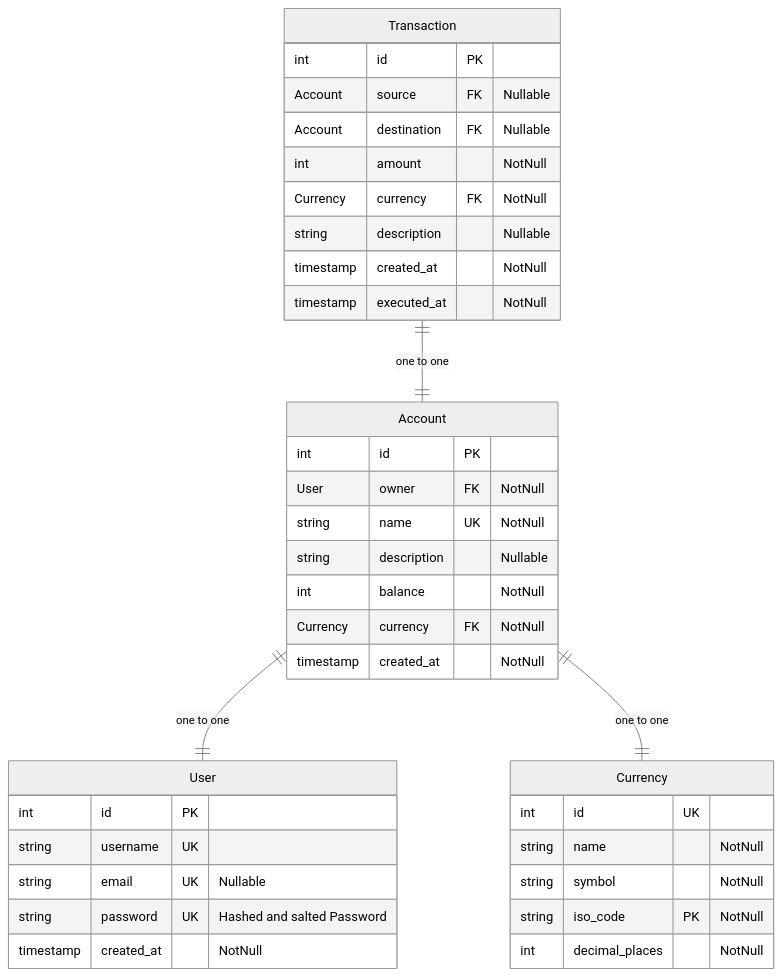
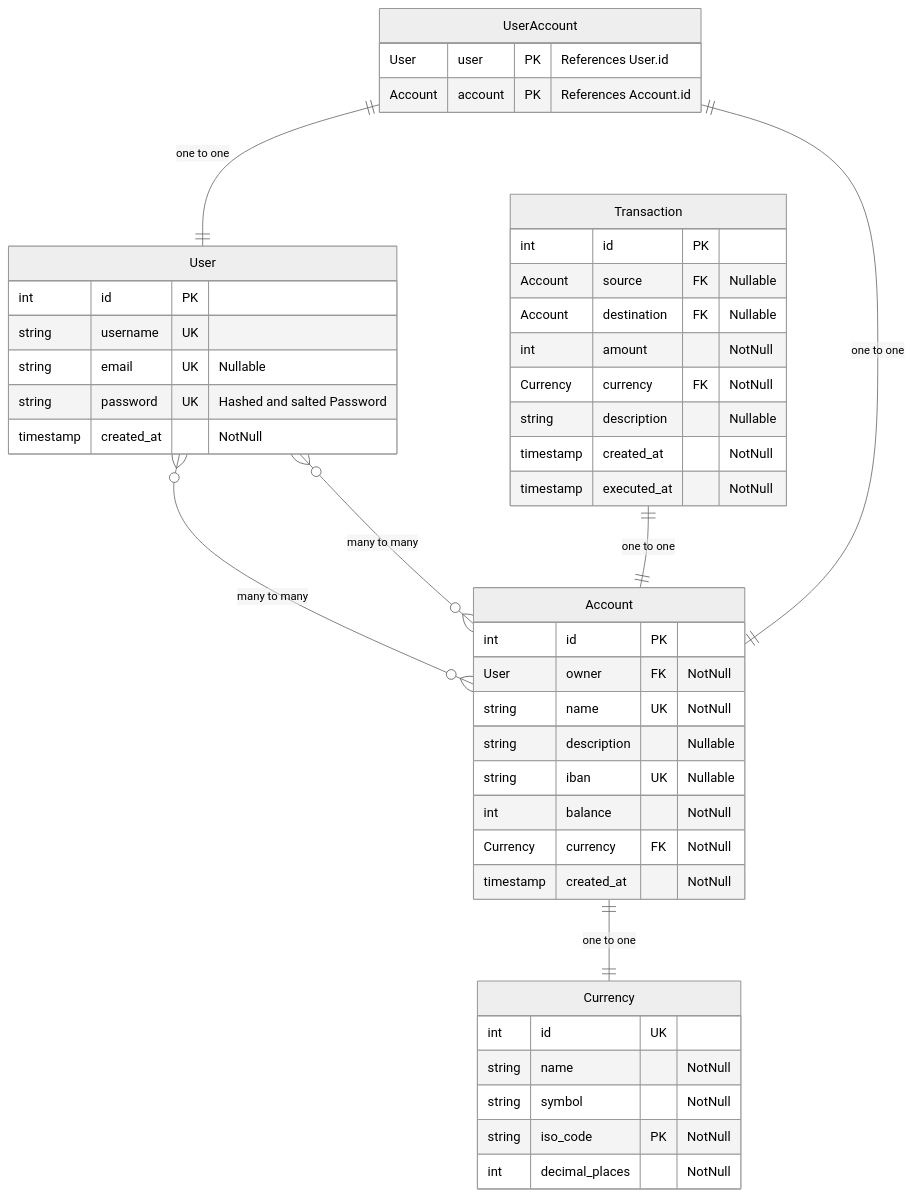
Before and after one commit to jt-foss/financrr-app: the diagram in src/db/README.md, drawn with Mermaid (neutral theme). The commit also changed 1 other file, not shown here.

Commit message:
improved data structure
- allow multiple users per account and multiple account per user (m to m relation)

````diff
--- a/src/db/README.md
+++ b/src/db/README.md
@@ -5,43 +5,52 @@
 ```mermaid
 
 erDiagram
+	Currency {
+		int id UK
+		string name "NotNull"
+		string symbol "NotNull"
+		string iso_code PK "NotNull"
+		int decimal_places "NotNull"
+	}
+
 	User {
 		int id PK
 		string username UK
 		string email UK "Nullable"
 		string password UK "Hashed and salted Password"
 		timestamp created_at "NotNull"
 	}
+	User }o--o{ Account: "many to many"
 
-	Currency {
-		int id UK
-		string name "NotNull"
-		string symbol "NotNull"
-		string iso_code PK "NotNull"
-		int decimal_places "NotNull"
-	}
-	
 	Account {
 		int id PK
 		User owner FK "NotNull"
 		string name UK "NotNull"
 		string description "Nullable"
+		string iban UK "Nullable"
 		int balance "NotNull"
 		Currency currency FK "NotNull"
 		timestamp created_at "NotNull"
 	}
-	Account ||--|| User : "one to one"
-	Account ||--|| Currency : "one to one"
-	
+	Account }o--o{ User: "many to many"
+	Account ||--|| Currency: "one to one"
+
+	UserAccount {
+		User user PK "References User.id"
+		Account account PK "References Account.id"
+	}
+	UserAccount ||--|| User: "one to one"
+	UserAccount ||--|| Account: "one to one"
+
 	Transaction {
 		int id PK
 		Account source FK "Nullable"
 		Account destination FK "Nullable"
 		int amount "NotNull"
 		Currency currency FK "NotNull"
 		string description "Nullable"
 		timestamp created_at "NotNull"
 		timestamp executed_at "NotNull"
 	}
-	Transaction ||--|| Account : "one to one"
+	Transaction ||--|| Account: "one to one"
 ```
````
